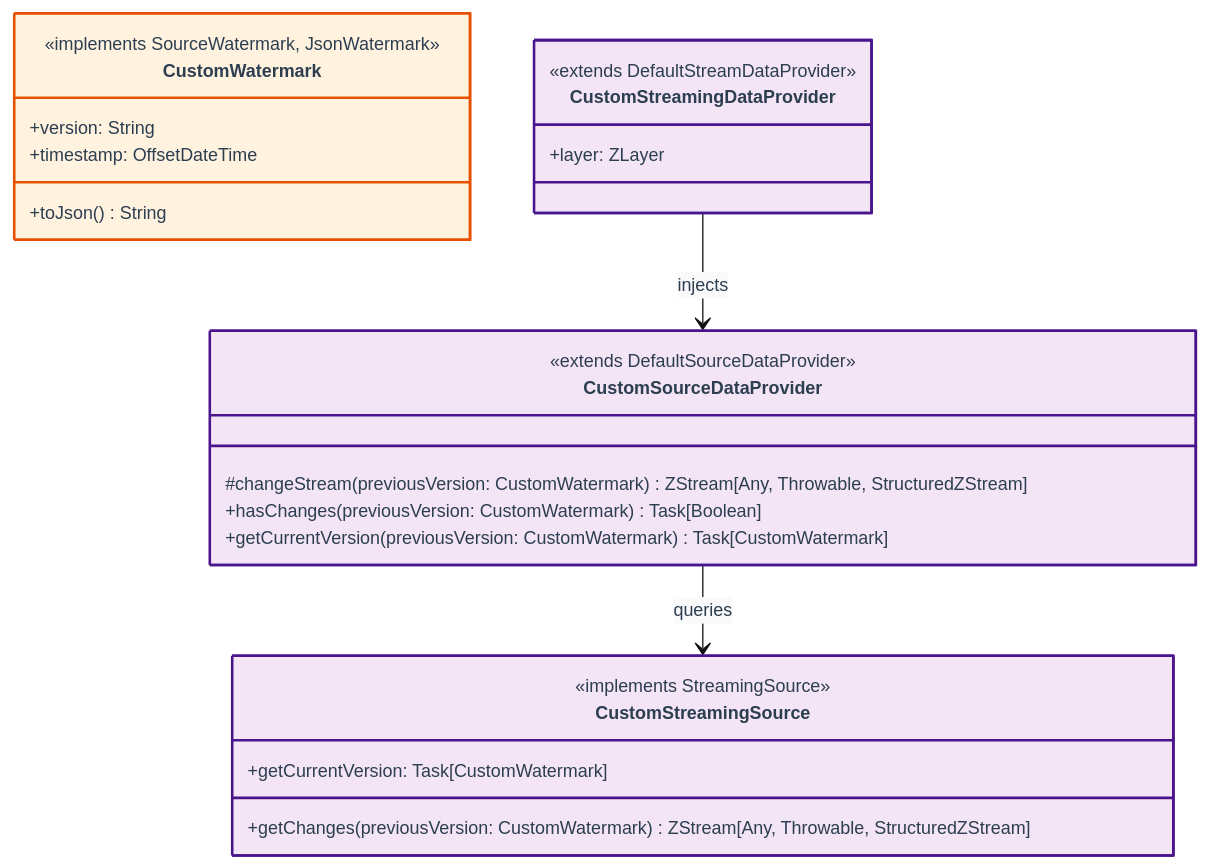
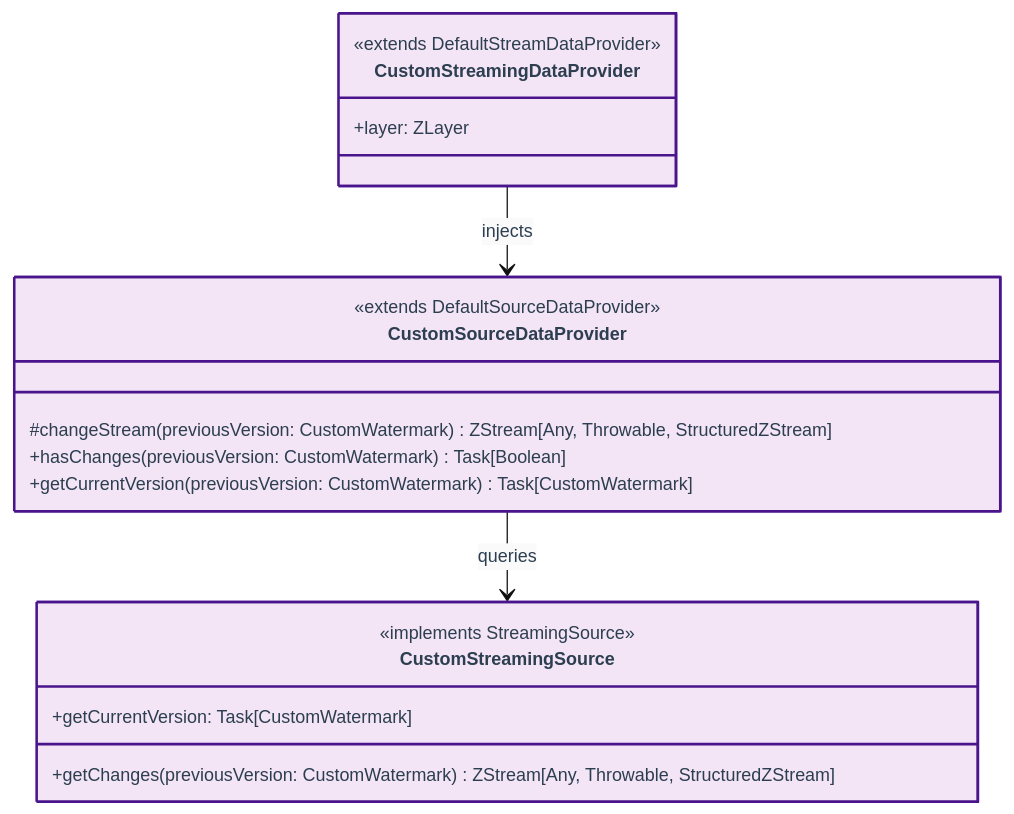
Before and after one commit to SneaksAndData/arcane-framework-scala: the third of 3 diagrams in docs/class_diagram.md, drawn with Mermaid.

````diff
--- a/docs/class_diagram.md
+++ b/docs/class_diagram.md
@@ -117,54 +117,47 @@
 ```mermaid
 %%{init: {
   "theme": "base",
   "themeVariables": {
     "primaryColor": "#fafafa",
     "primaryTextColor": "#2c3e50",
     "primaryBorderColor": "#7f8c8d",
     "lineColor": "#111111",
     "arrowheadColor": "#111111",
     "secondaryColor": "#fdfdfd",
     "tertiaryColor": "#ffffff",
     "fontSize": "14px",
     "fontFamily": "Fira Code, Menlo, Monaco, Consolas, Courier New, monospace"
   },
   "class": {
     "curve": "linear"
   }
 } }%%
 classDiagram
     direction TB
 
     %% Custom Implementations
-    class CustomWatermark {
-        <<implements SourceWatermark, JsonWatermark>>
-        +version: String
-        +timestamp: OffsetDateTime
-        +toJson() String
-    }
     class CustomStreamingDataProvider {
         <<extends DefaultStreamDataProvider>>
         +layer: ZLayer
     }
     class CustomSourceDataProvider {
         <<extends DefaultSourceDataProvider>>
         #changeStream(previousVersion: CustomWatermark) ZStream[Any, Throwable, StructuredZStream]
         +hasChanges(previousVersion: CustomWatermark) Task[Boolean]
         +getCurrentVersion(previousVersion: CustomWatermark) Task[CustomWatermark]
     }
     class CustomStreamingSource {
         <<implements StreamingSource>>
         +getChanges(previousVersion: CustomWatermark) ZStream[Any, Throwable, StructuredZStream]
         +getCurrentVersion: Task[CustomWatermark]
     }
 
     %% Relationships
     CustomStreamingDataProvider --> CustomSourceDataProvider : injects
     CustomSourceDataProvider --> CustomStreamingSource : queries
 
     %% Styling
-    style CustomWatermark fill:#fff3e0,stroke:#e65100,stroke-width:2px
     style CustomStreamingDataProvider fill:#f3e5f5,stroke:#4a148c,stroke-width:2px
     style CustomSourceDataProvider fill:#f3e5f5,stroke:#4a148c,stroke-width:2px
     style CustomStreamingSource fill:#f3e5f5,stroke:#4a148c,stroke-width:2px
 ```
````
